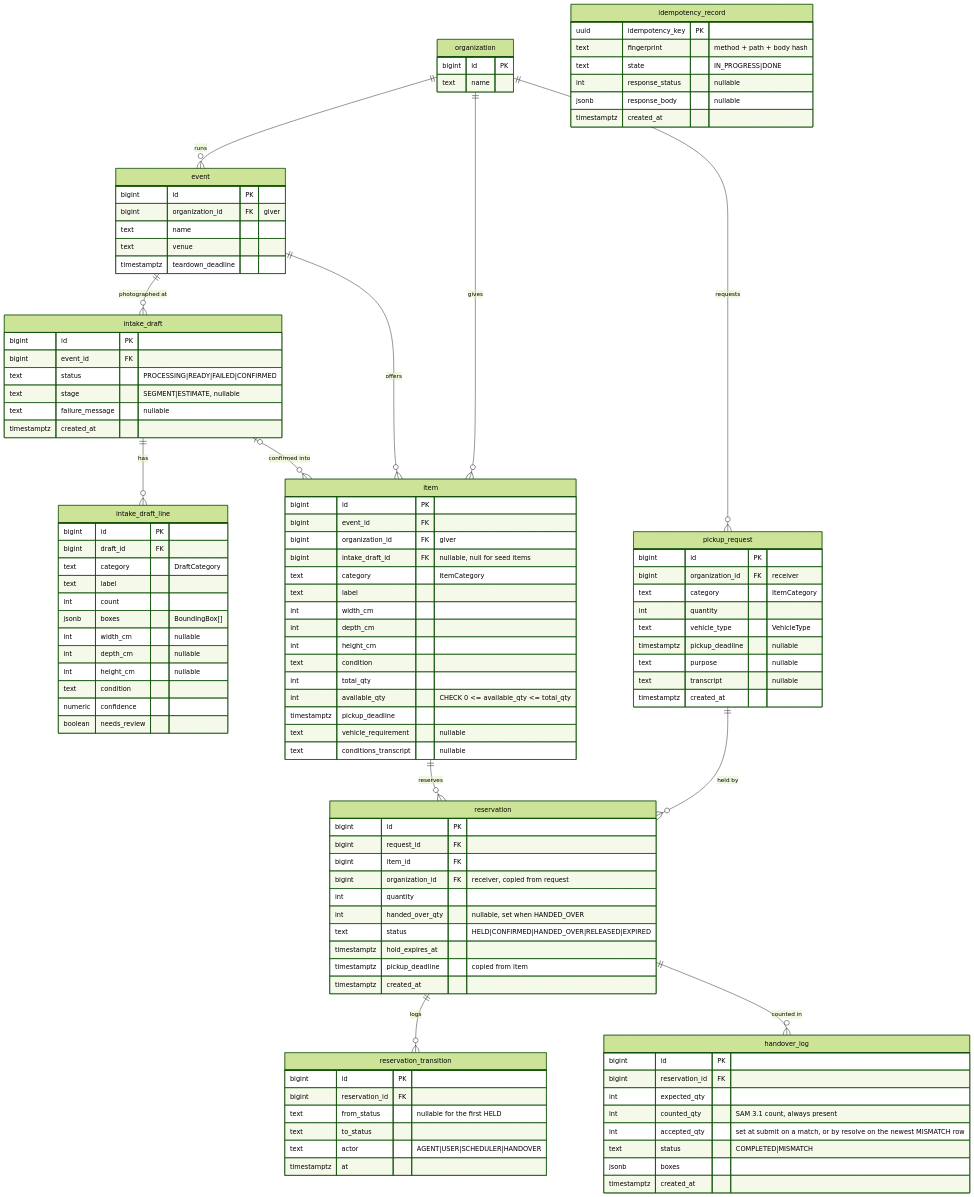
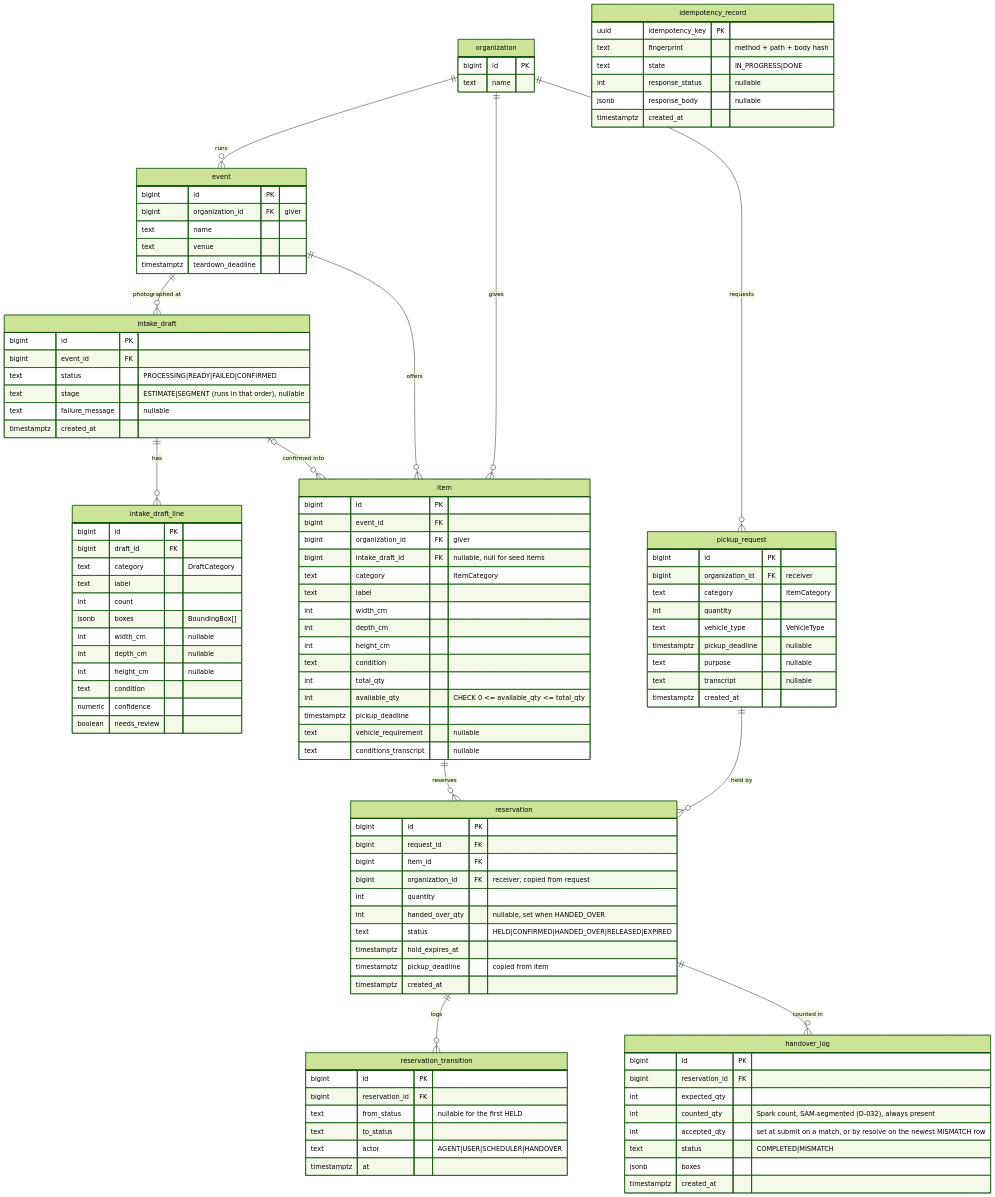
One commit to afterbooth/after-booth changed the diagram in docs/ERD.md. Above: the diagram before and after it, drawn with Mermaid (forest theme). The commit also changed other lines of this file and 2 other files, not shown here.

Commit message:
docs: align erd and decision log with contract 0.2.0
Refs #28

```diff
--- a/docs/ERD.md
+++ b/docs/ERD.md
@@ -31,7 +31,7 @@
         bigint id PK
         bigint event_id FK
         text status "PROCESSING|READY|FAILED|CONFIRMED"
-        text stage "SEGMENT|ESTIMATE, nullable"
+        text stage "ESTIMATE|SEGMENT (runs in that order), nullable"
         text failure_message "nullable"
         timestamptz created_at
     }
@@ -101,7 +101,7 @@
         bigint id PK
         bigint reservation_id FK
         int expected_qty
-        int counted_qty "SAM 3.1 count, always present"
+        int counted_qty "Spark count, SAM-segmented (D-032), always present"
         int accepted_qty "set at submit on a match, or by resolve on the newest MISMATCH row"
         text status "COMPLETED|MISMATCH"
         jsonb boxes
```
